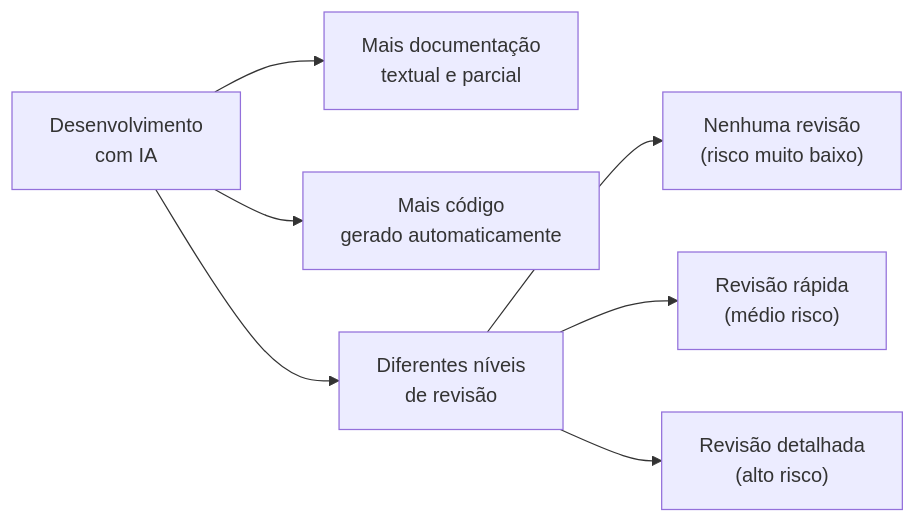
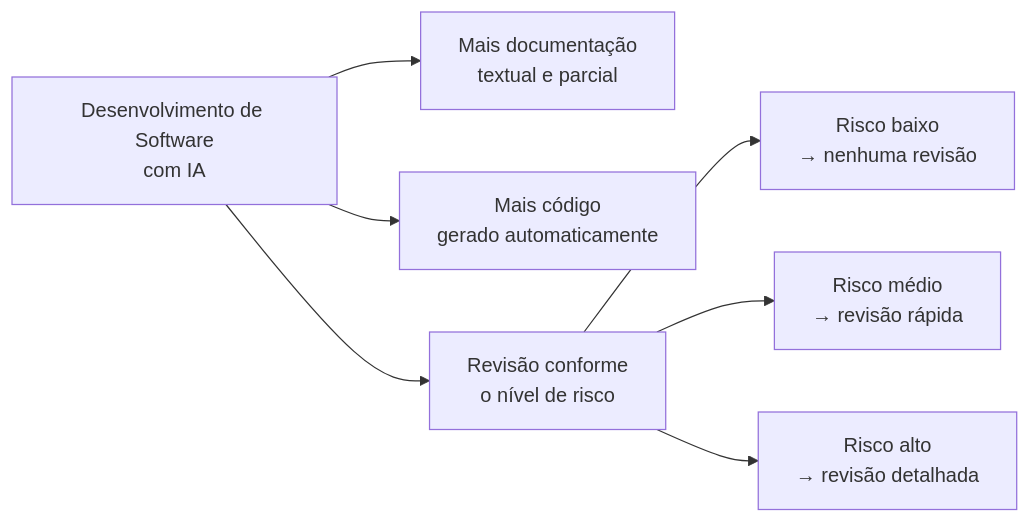
One commit to mtov/ia4es changed the third of 3 diagrams in codigo-morreu.md. Above: the diagram before and after it, drawn with Mermaid. The commit also changed other lines of this file, not shown here.

````diff
--- a/codigo-morreu.md
+++ b/codigo-morreu.md
@@ -58,10 +58,12 @@
 ```mermaid
 flowchart LR
-    A["Desenvolvimento<br/>com IA"] --> B["Mais documentação<br/>textual e parcial"]
+    A["Desenvolvimento de Software<br/>com IA"]
+
+    A --> B["Mais documentação<br/>textual e parcial"]
     A --> C["Mais código<br/>gerado automaticamente"]
-    A --> D["Diferentes níveis<br/>de revisão"]
+    A --> D["Revisão conforme<br/>o nível de risco"]
 
-    D --> E["Nenhuma revisão <br/>(risco muito baixo)"]
-    D --> F["Revisão rápida<br/> (médio risco)"]
-    D --> G["Revisão detalhada<br/> (alto risco)"]
+    D --> E["Risco baixo<br/>→ nenhuma revisão"]
+    D --> F["Risco médio<br/>→ revisão rápida"]
+    D --> G["Risco alto<br/>→ revisão detalhada"]
 ```
````
